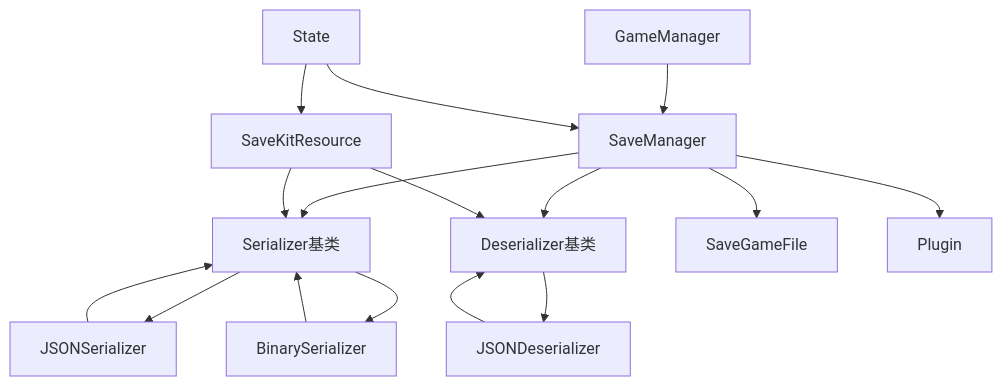
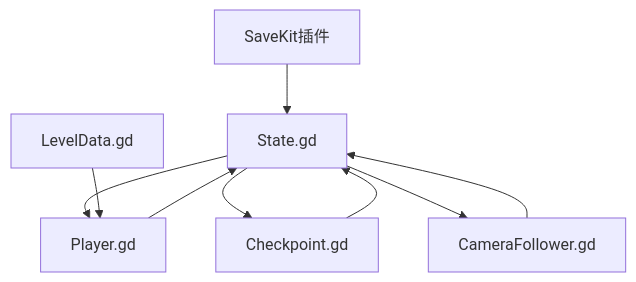
Before and after one commit to godotline/godot-line: diagram 11 of 11 in .qoder/repowiki/zh/content/API参考/核心类API/状态管理系统.md, drawn with Mermaid. The commit also changed other lines of this file and 34 other files, not shown here.

First line of the commit message:
refactor(Level): 重构状态管理模块，统一状态访问为LevelManager

````diff
--- a/.qoder/repowiki/zh/content/API参考/核心类API/状态管理系统.md
+++ b/.qoder/repowiki/zh/content/API参考/核心类API/状态管理系统.md
@@ -324,18 +349,11 @@
 ```mermaid
 graph TD
-SM[SaveManager] --> SER[Serializer基类]
-SM --> DES[Deserializer基类]
-SM --> SFILE[SaveGameFile]
-SM --> PLG[Plugin]
-SER --> JSER[JSONSerializer]
-SER --> BSER[BinarySerializer]
-DES --> JDES[JSONDeserializer]
-JSER --> SER
-BSER --> SER
-JDES --> DES
-STATE[State] --> RES[SaveKitResource]
-RES --> SER
-RES --> DES
-GM[GameManager] --> SM
-STATE --> SM
+STATE[State.gd] --> PLAYER[Player.gd]
+STATE --> CHECKPOINT[Checkpoint.gd]
+STATE --> CAMERA[CameraFollower.gd]
+PLAYER --> STATE
+CHECKPOINT --> STATE
+CAMERA --> STATE
+LEVELDATA[LevelData.gd] --> PLAYER
+SAVEKIT[SaveKit插件] --> STATE
 ```
````
